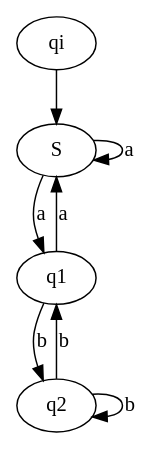
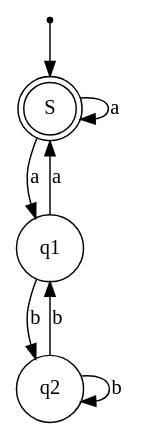
Before and after one commit to Caramelo18/COMP-Project: the diagram in A.dot, drawn with Graphviz. The commit also changed 4 other files, not shown here.

```diff
--- a/A.dot
+++ b/A.dot
@@ -1,9 +1,14 @@
 digraph finite_state_machine {
+
+    node [shape = doublecircle]; S;
+    node [shape = point ]; qi;
+
+    node [shape = circle];
     qi -> S;
     S  -> q1 [ label = "a" ];
     S  -> S  [ label = "a" ];
     q1 -> S  [ label = "a" ];
     q1 -> q2 [ label = "b" ];
     q2 -> q1 [ label = "b" ];
     q2 -> q2 [ label = "b" ];
 }
```
